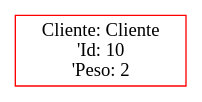
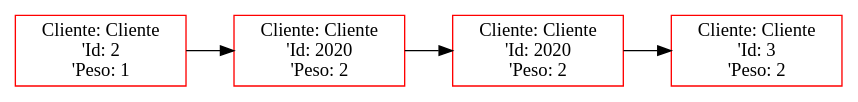
The diagram in Proyecto1/Proyecto1_202200089/Main/grande.dot (FranklinONP/EDD_PROYECTO_202200089), drawn with Graphviz before and after one commit. The commit also changed 10 other files, not shown here.

```diff
--- a/Proyecto1/Proyecto1_202200089/Main/grande.dot
+++ b/Proyecto1/Proyecto1_202200089/Main/grande.dot
@@ -1,4 +1,10 @@
  digraph G {
  rankdir=LR;
- node0 [label="Cliente: Cliente\n'Id: 10\n'Peso: 2", color="red", shape="rectangle"];
+ node0 [label="Cliente: Cliente\n'Id: 2\n'Peso: 1", color="red", shape="rectangle"];
+ node1 [label="Cliente: Cliente\n'Id: 2020\n'Peso: 2", color="red", shape="rectangle"];
+ node0 -> node1 [dir="forward"];
+ node2 [label="Cliente: Cliente\n'Id: 2020\n'Peso: 2", color="red", shape="rectangle"];
+ node1 -> node2 [dir="forward"];
+ node3 [label="Cliente: Cliente\n'Id: 3\n'Peso: 2", color="red", shape="rectangle"];
+ node2 -> node3 [dir="forward"];
  }
```
